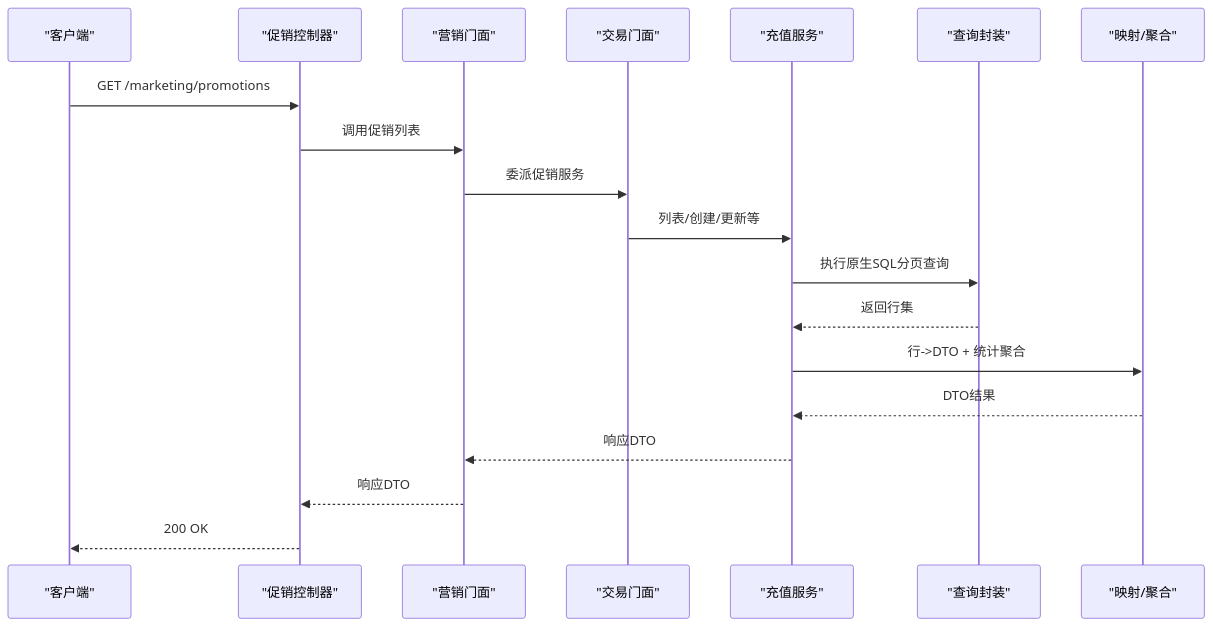
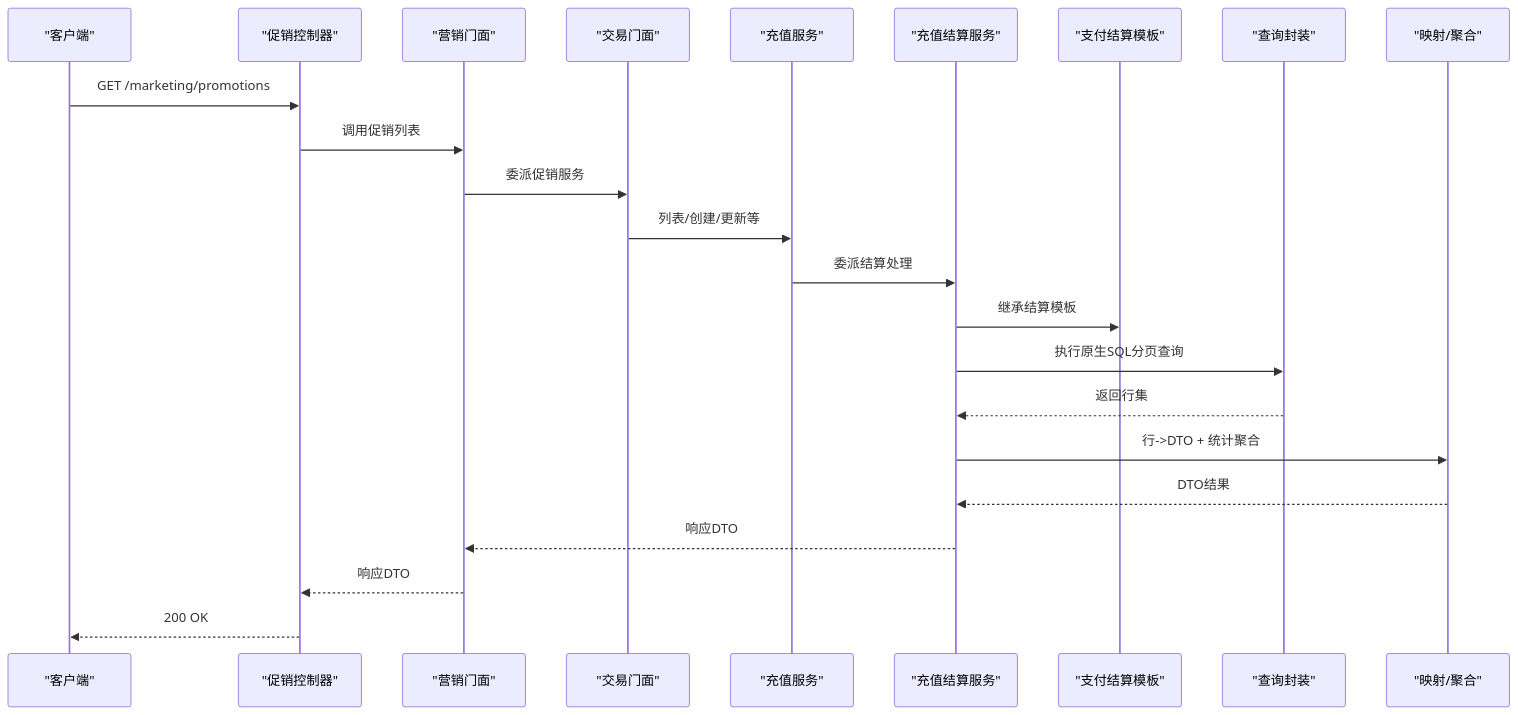
Before and after one commit to rc558620/purelyprofit-server: the second of 5 diagrams in .qoder/repowiki/zh/content/业务模块/营销推广模块/充值管理.md, drawn with Mermaid. The commit also changed other lines of this file and 18 other files, not shown here.

````diff
--- a/.qoder/repowiki/zh/content/业务模块/营销推广模块/充值管理.md
+++ b/.qoder/repowiki/zh/content/业务模块/营销推广模块/充值管理.md
@@ -126,21 +159,25 @@
 ```mermaid
 sequenceDiagram
 participant 客户端 as "客户端"
 participant 控制器 as "促销控制器"
 participant 门面 as "营销门面"
 participant 交易门面 as "交易门面"
 participant 充值服务 as "充值服务"
+participant 充值结算服务 as "充值结算服务"
+participant 支付模板 as "支付结算模板"
 participant 查询 as "查询封装"
 participant 映射 as "映射/聚合"
 客户端->>控制器 : GET /marketing/promotions
 控制器->>门面 : 调用促销列表
 门面->>交易门面 : 委派促销服务
 交易门面->>充值服务 : 列表/创建/更新等
-充值服务->>查询 : 执行原生SQL分页查询
-查询-->>充值服务 : 返回行集
-充值服务->>映射 : 行->DTO + 统计聚合
-映射-->>充值服务 : DTO结果
-充值服务-->>门面 : 响应DTO
+充值服务->>充值结算服务 : 委派结算处理
+充值结算服务->>支付模板 : 继承结算模板
+充值结算服务->>查询 : 执行原生SQL分页查询
+查询-->>充值结算服务 : 返回行集
+充值结算服务->>映射 : 行->DTO + 统计聚合
+映射-->>充值结算服务 : DTO结果
+充值结算服务-->>门面 : 响应DTO
 门面-->>控制器 : 响应DTO
 控制器-->>客户端 : 200 OK
 ```
````
